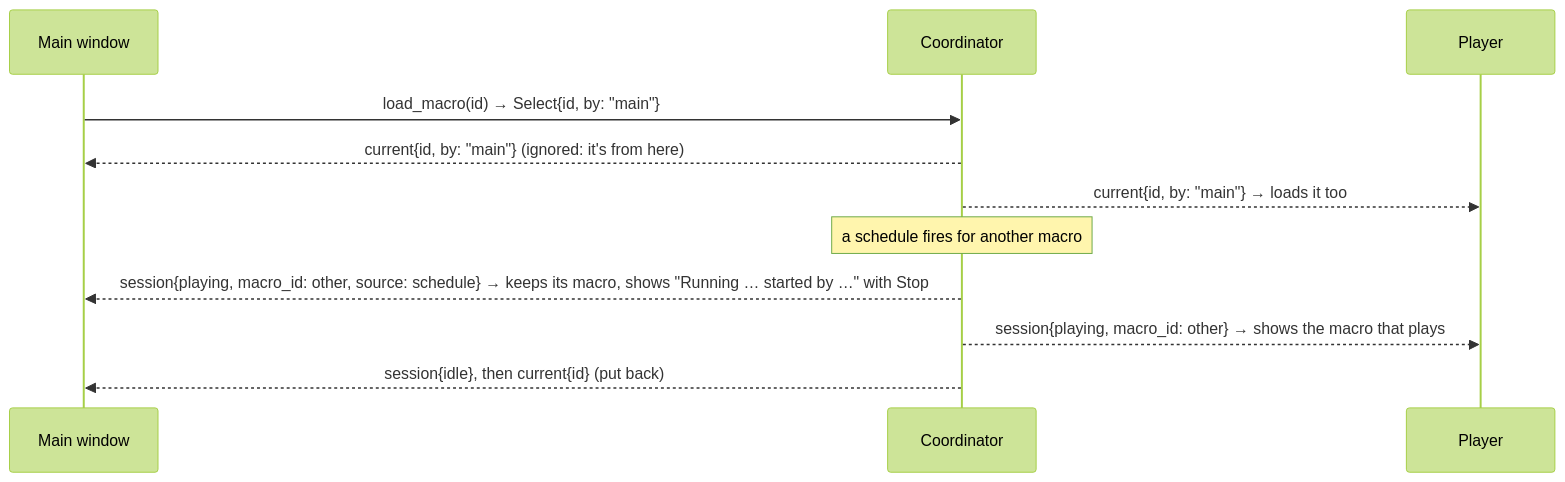
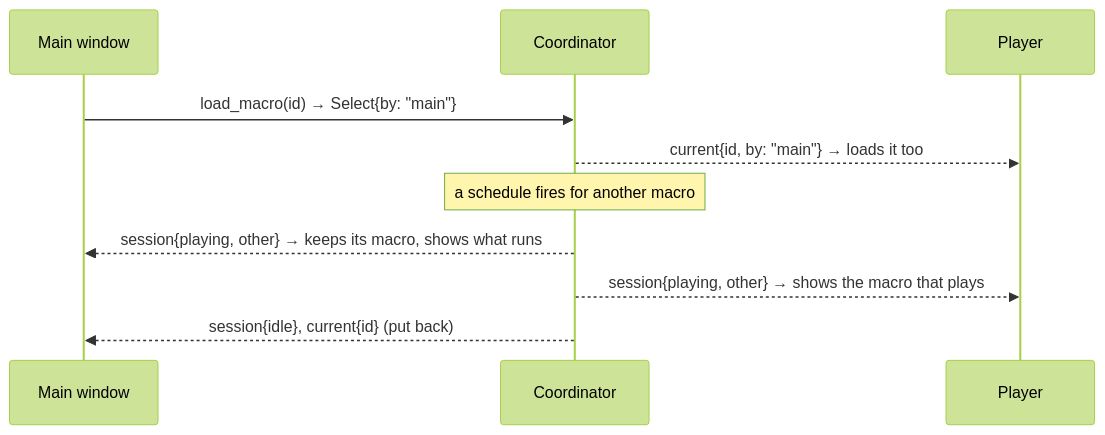
The third of 3 diagrams in docs/engineering/ipc.md (HappyRave/Relay), drawn with Mermaid (forest theme) before and after one commit. The commit also changed other lines of this file and 2 other files, not shown here.

````diff
--- a/docs/engineering/ipc.md
+++ b/docs/engineering/ipc.md
@@ -218,13 +85,12 @@
 ```mermaid
 sequenceDiagram
     participant M as Main window
     participant C as Coordinator
     participant P as Player
-    M->>C: load_macro(id) → Select{id, by: "main"}
-    C-->>M: current{id, by: "main"} (ignored: it's from here)
+    M->>C: load_macro(id) → Select{by: "main"}
     C-->>P: current{id, by: "main"} → loads it too
     Note over C: a schedule fires for another macro
-    C-->>M: session{playing, macro_id: other, source: schedule} → keeps its macro, shows "Running … started by …" with Stop
-    C-->>P: session{playing, macro_id: other} → shows the macro that plays
-    C-->>M: session{idle}, then current{id} (put back)
+    C-->>M: session{playing, other} → keeps its macro, shows what runs
+    C-->>P: session{playing, other} → shows the macro that plays
+    C-->>M: session{idle}, current{id} (put back)
 ```
````
